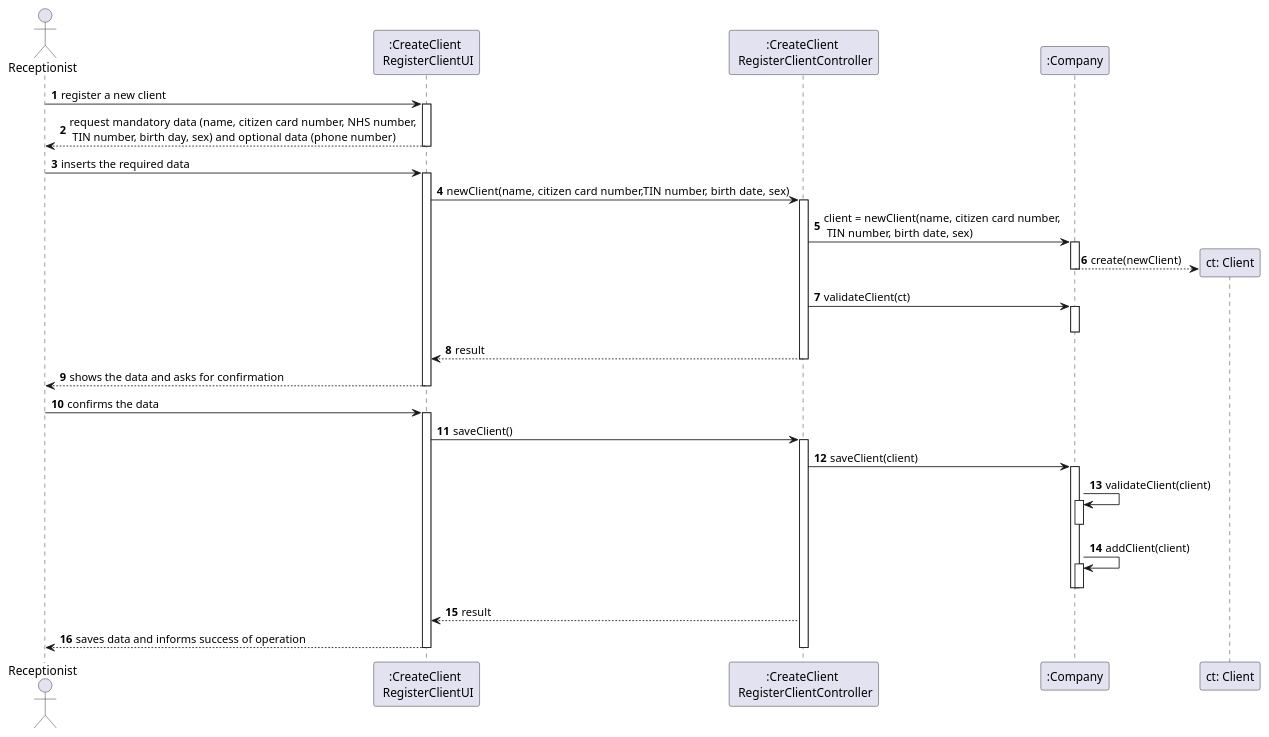
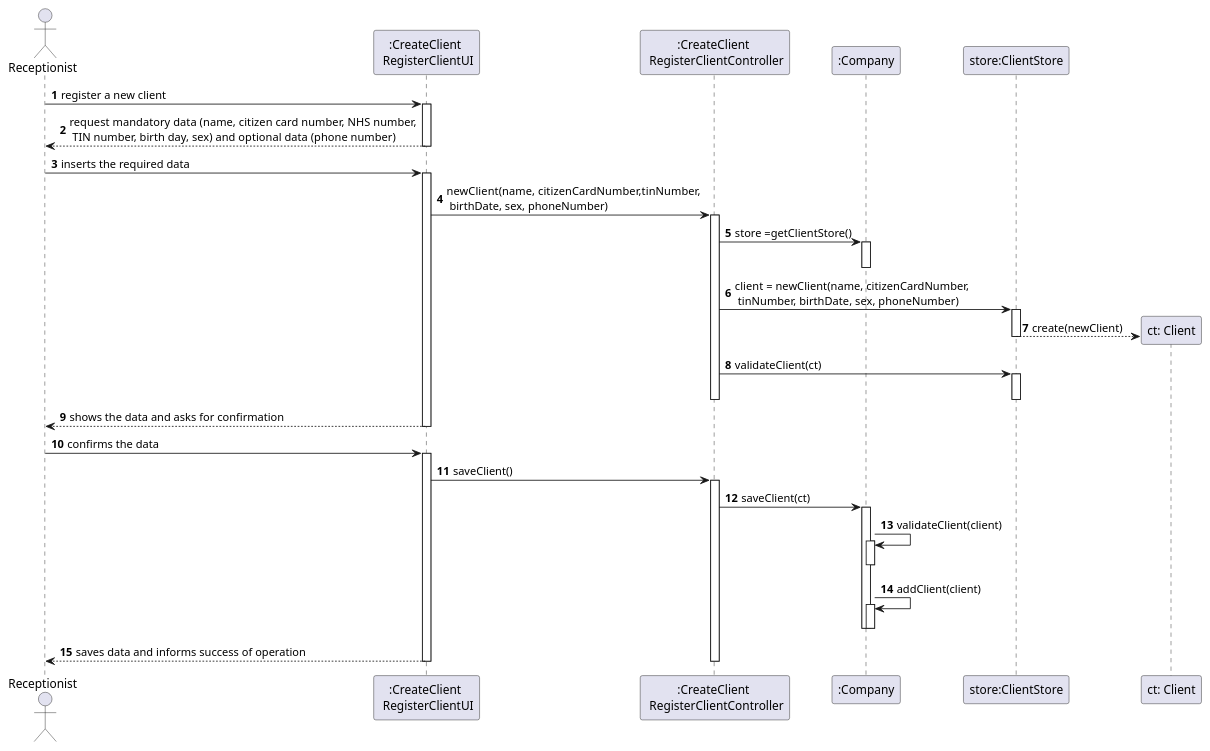
One commit to GuilhermeCunha79/lapr2 changed the diagram in docs/SprintB/US3/UC03_SD.puml. Above: the diagram before and after it, drawn with PlantUML. The commit also changed 3 other files, not shown here.

Commit message:
Add excert of UC diagram [US-03]

```diff
--- a/docs/SprintB/US3/UC03_SD.puml
+++ b/docs/SprintB/US3/UC03_SD.puml
@@ -1,62 +1,68 @@
 @startuml
 autonumber
 'hide footbox
 actor "Receptionist" as RECEP
 
 participant ":CreateClient \n RegisterClientUI" as UI
 participant ":CreateClient \n RegisterClientController" as CTRL
 participant ":Company" as C
+participant "store:ClientStore" as CS
 participant "ct: Client" as CL
 
 
 
 RECEP -> UI : register a new client
 activate UI
     UI --> RECEP : request mandatory data (name, citizen card number, NHS number,\n TIN number, birth day, sex) and optional data (phone number)
 deactivate UI
 
 RECEP -> UI : inserts the required data
 activate UI
-    UI -> CTRL : newClient(name, citizen card number,TIN number, birth date, sex)
-    activate CTRL
+    UI -> CTRL : newClient(name, citizenCardNumber,tinNumber,\n birthDate, sex, phoneNumber)
 
-        CTRL -> C: client = newClient(name, citizen card number,\n TIN number, birth date, sex)
+activate CTRL
 
-        activate C
-        C --> CL** : create(newClient)
-        deactivate C
-
-        CTRL -> C : validateClient(ct)
+        CTRL -> C: store =getClientStore()
         activate C
         deactivate C
 
-        CTRL --> UI : result
+        CTRL -> CS: client = newClient(name, citizenCardNumber,\n tinNumber, birthDate, sex, phoneNumber)
+
+        activate CS
+        CS --> CL** : create(newClient)
+        deactivate CS
+
+        CTRL -> CS : validateClient(ct)
+        activate CS
+        deactivate CS
+
+
 
     deactivate CTRL
     UI --> RECEP : shows the data and asks for confirmation
 deactivate UI
 RECEP -> UI : confirms the data
 activate UI
 
     UI -> CTRL : saveClient()
 
 activate CTRL
-    CTRL -> C : saveClient(client)
+    CTRL -> C : saveClient(ct)
 
 activate C
 
     C -> C : validateClient(client)
     activate C
     deactivate C
     C -> C : addClient(client)
     activate C
     deactivate C
     deactivate C
-    CTRL --> UI : result
+
 
 UI --> RECEP : saves data and informs success of operation
 deactivate C
 deactivate UI
 deactivate CTRL
 
 @enduml
```
